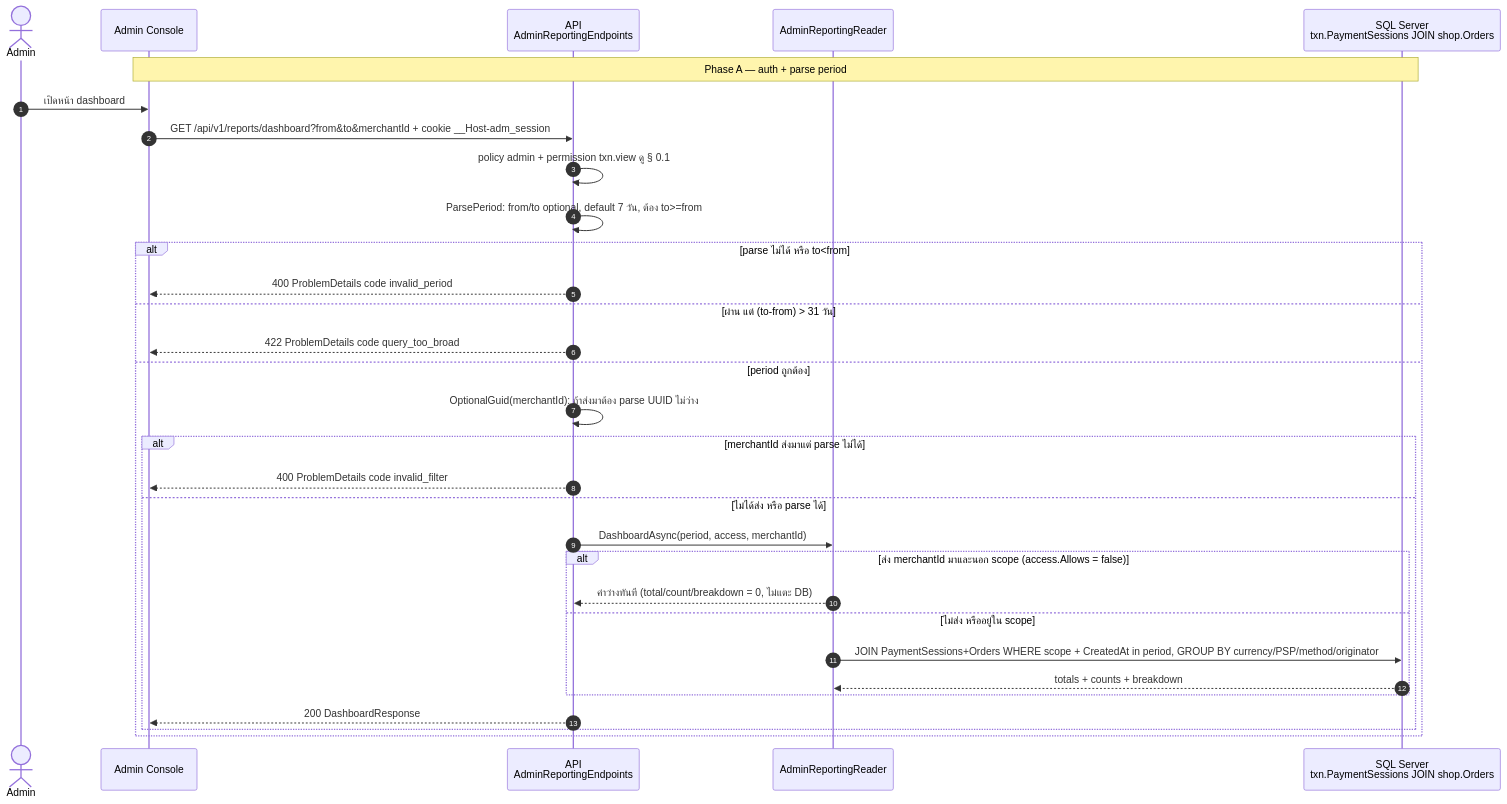
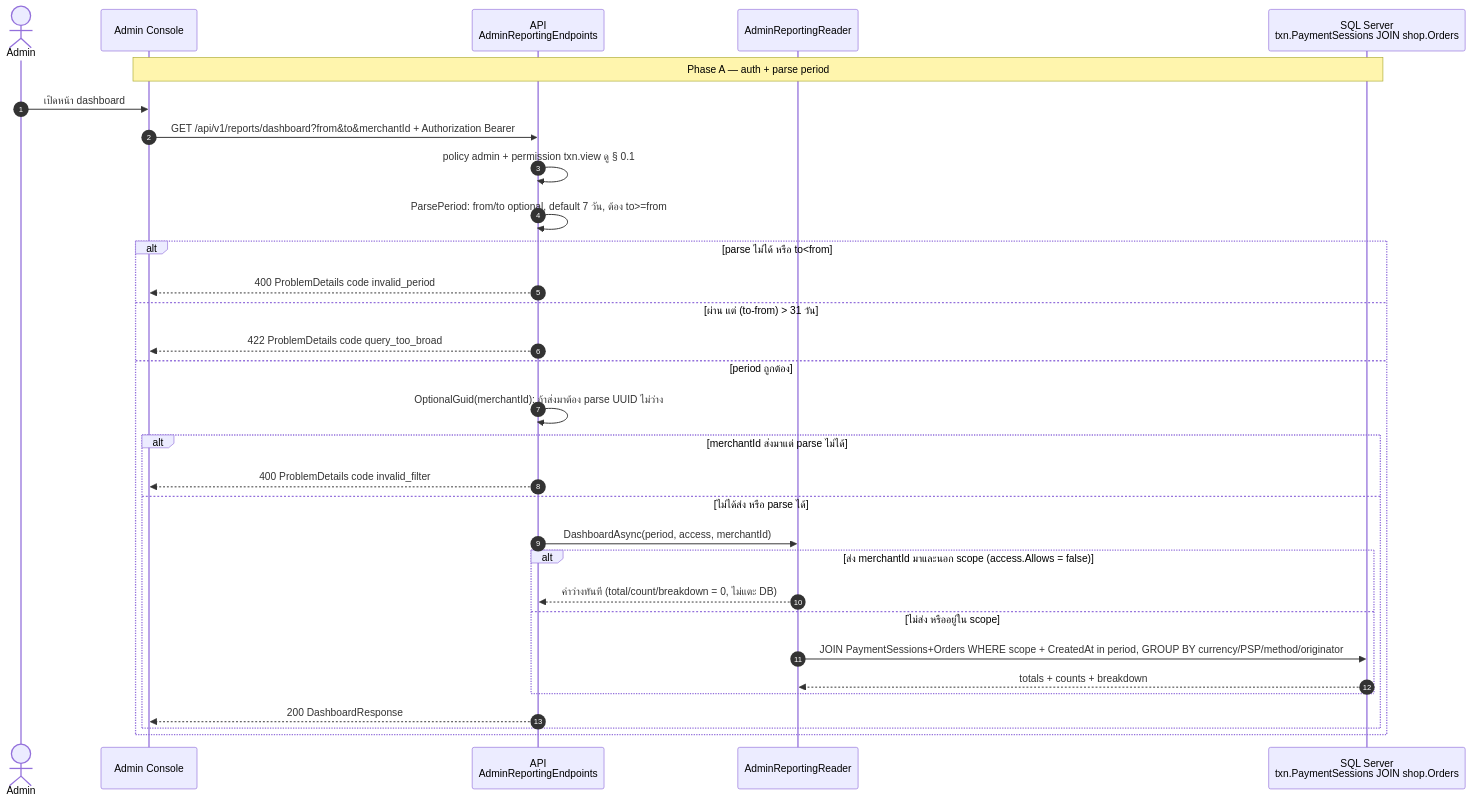
Before and after one commit to metrodiesign/pol-core: the third of 7 diagrams in outputs/diagrams/2026-09-14_api-endpoints_v1/14-inbound-webhooks-reporting-infra.sequences.md, drawn with Mermaid. The commit also changed other lines of this file and 42 other files, not shown here.

First line of the commit message:
docs: align reference docs and the API diagram set with the Bearer-only admin plane

````diff
--- a/outputs/diagrams/2026-09-14_api-endpoints_v1/14-inbound-webhooks-reporting-infra.sequences.md
+++ b/outputs/diagrams/2026-09-14_api-endpoints_v1/14-inbound-webhooks-reporting-infra.sequences.md
@@ -108,34 +108,34 @@
 ```mermaid
 sequenceDiagram
     autonumber
     actor AD as Admin
     participant CON as Admin Console
     participant API as API<br/>AdminReportingEndpoints
     participant RDR as AdminReportingReader
     participant DB as SQL Server<br/>txn.PaymentSessions JOIN shop.Orders
 
     Note over CON,DB: Phase A — auth + parse period
     AD->>CON: เปิดหน้า dashboard
-    CON->>API: GET /api/v1/reports/dashboard?from&to&merchantId + cookie __Host-adm_session
+    CON->>API: GET /api/v1/reports/dashboard?from&to&merchantId + Authorization Bearer
     API->>API: policy admin + permission txn.view ดู § 0.1
     API->>API: ParsePeriod: from/to optional, default 7 วัน, ต้อง to>=from
     alt parse ไม่ได้ หรือ to<from
         API-->>CON: 400 ProblemDetails code invalid_period
     else ผ่าน แต่ (to-from) > 31 วัน
         API-->>CON: 422 ProblemDetails code query_too_broad
     else period ถูกต้อง
         API->>API: OptionalGuid(merchantId): ถ้าส่งมาต้อง parse UUID ไม่ว่าง
         alt merchantId ส่งมาแต่ parse ไม่ได้
             API-->>CON: 400 ProblemDetails code invalid_filter
         else ไม่ได้ส่ง หรือ parse ได้
             API->>RDR: DashboardAsync(period, access, merchantId)
             alt ส่ง merchantId มาและนอก scope (access.Allows = false)
                 RDR-->>API: ค่าว่างทันที (total/count/breakdown = 0, ไม่แตะ DB)
             else ไม่ส่ง หรืออยู่ใน scope
                 RDR->>DB: JOIN PaymentSessions+Orders WHERE scope + CreatedAt in period, GROUP BY currency/PSP/method/originator
                 DB-->>RDR: totals + counts + breakdown
             end
             API-->>CON: 200 DashboardResponse
         end
     end
 ```
````
